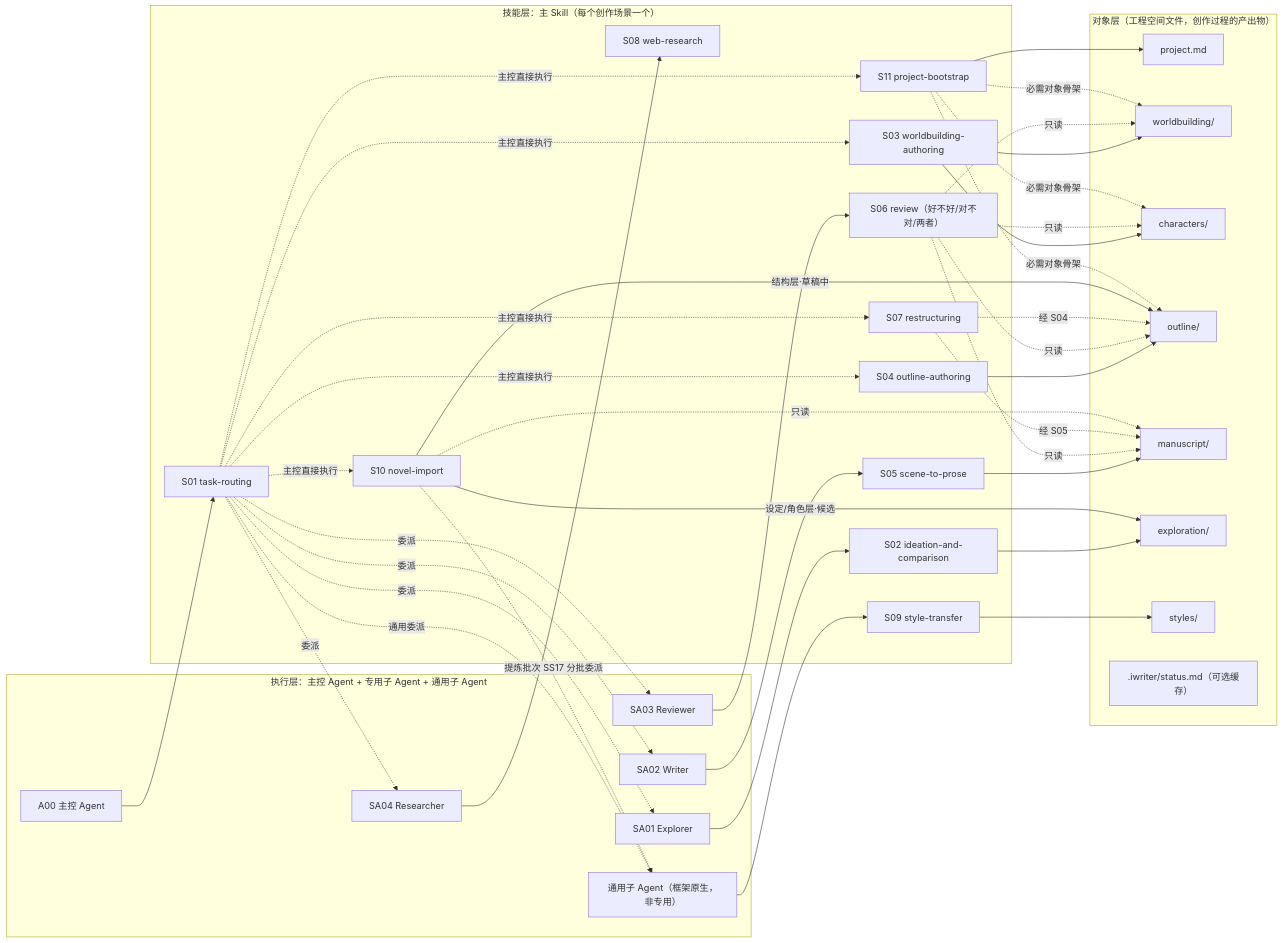
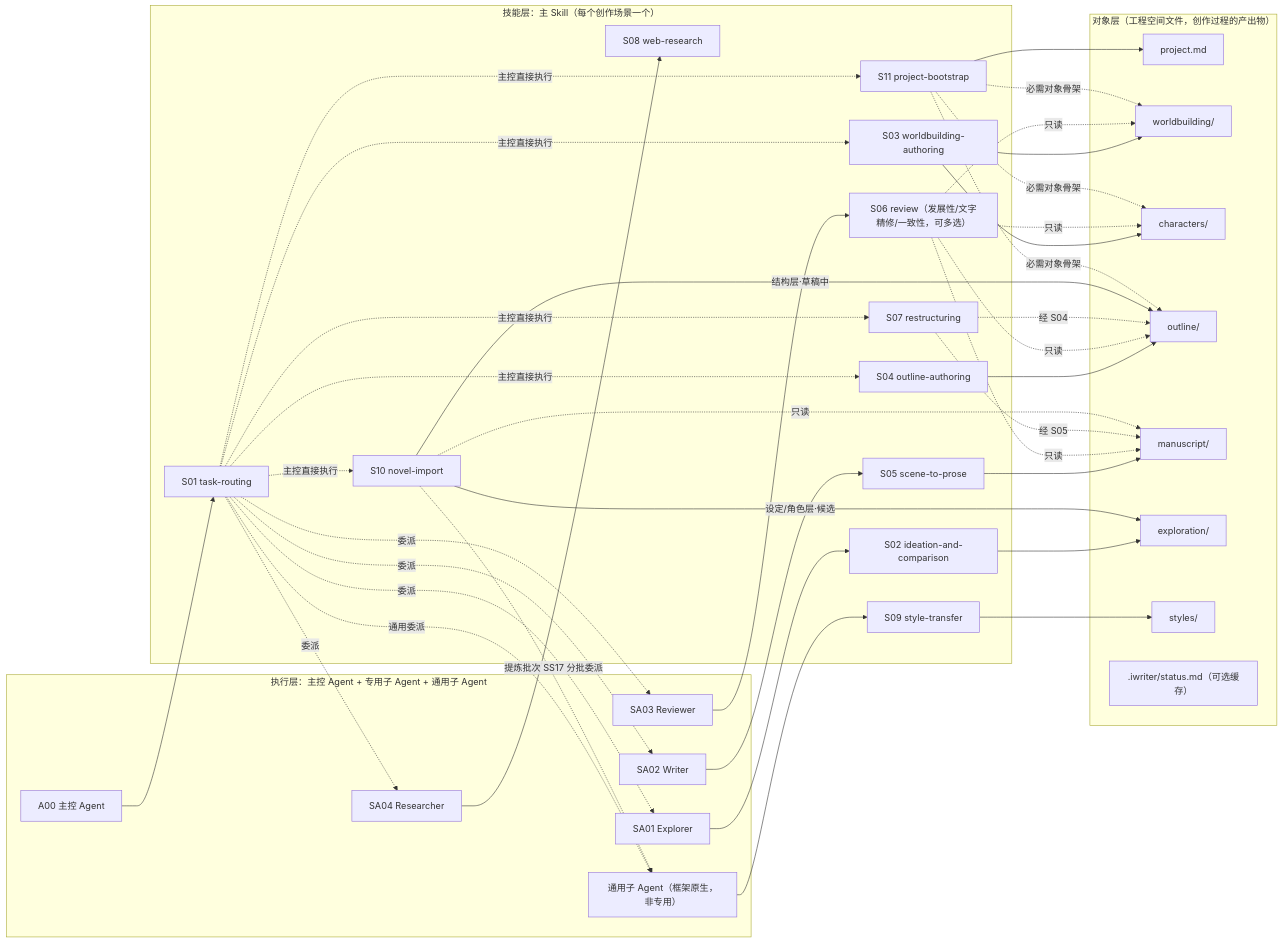
Before and after one commit to map9/iWriter: the second of 2 diagrams in design/creativeagent phase 2/03. 小说创作搭子｜AI Story Buddy：概要设计.md, drawn with Mermaid. The commit also changed other lines of this file and 12 other files, not shown here.

````diff
--- a/design/creativeagent phase 2/03. 小说创作搭子｜AI Story Buddy：概要设计.md
+++ b/design/creativeagent phase 2/03. 小说创作搭子｜AI Story Buddy：概要设计.md
@@ -252,75 +258,75 @@
 ```mermaid
 flowchart LR
   subgraph 对象层["对象层（工程空间文件，创作过程的产出物）"]
     F1["project.md"]
     F2["worldbuilding/"]
     F3["characters/"]
     F4["outline/"]
     F5["manuscript/"]
     F6["exploration/"]
     F7["styles/"]
     F9[".iwriter/status.md（可选缓存）"]
   end
 
   subgraph 技能层["技能层：主 Skill（每个创作场景一个）"]
     S01["S01 task-routing"]
     S02["S02 ideation-and-comparison"]
     S03["S03 worldbuilding-authoring"]
     S04["S04 outline-authoring"]
     S05["S05 scene-to-prose"]
-    S06["S06 review（好不好/对不对/两者）"]
+    S06["S06 review（发展性/文字精修/一致性，可多选）"]
     S07["S07 restructuring"]
     S08["S08 web-research"]
     S09["S09 style-transfer"]
     S10["S10 novel-import"]
     S11["S11 project-bootstrap"]
   end
 
   subgraph 执行层["执行层：主控 Agent + 专用子 Agent + 通用子 Agent"]
     A00["A00 主控 Agent"]
     SA01["SA01 Explorer"]
     SA02["SA02 Writer"]
     SA03["SA03 Reviewer"]
     SA04["SA04 Researcher"]
     GP["通用子 Agent（框架原生，非专用）"]
   end
 
   A00 --> S01
   S01 -.->|委派| SA01
   S01 -.->|委派| SA02
   S01 -.->|委派| SA03
   S01 -.->|委派| SA04
   S01 -.->|通用委派| GP
   S01 -.->|主控直接执行| S03
   S01 -.->|主控直接执行| S04
   S01 -.->|主控直接执行| S07
   S01 -.->|主控直接执行| S10
   S01 -.->|主控直接执行| S11
 
   SA01 --> S02
   SA02 --> S05
   SA03 --> S06
   SA04 --> S08
   GP --> S09
   S10 -.->|提炼批次 SS17 分批委派| GP
 
   S02 --> F6
   S03 --> F2
   S03 --> F3
   S04 --> F4
   S05 --> F5
   S06 -.->|只读| F5
   S06 -.->|只读| F4
   S06 -.->|只读| F3
   S06 -.->|只读| F2
   S07 -.->|经 S04| F4
   S07 -.->|经 S05| F5
   S09 --> F7
   S10 -.->|只读| F5
   S10 -->|结构层·草稿中| F4
   S10 -->|设定/角色层·候选| F6
   S11 --> F1
   S11 -.->|必需对象骨架| F2
   S11 -.->|必需对象骨架| F3
   S11 -.->|必需对象骨架| F4
 ```
````
